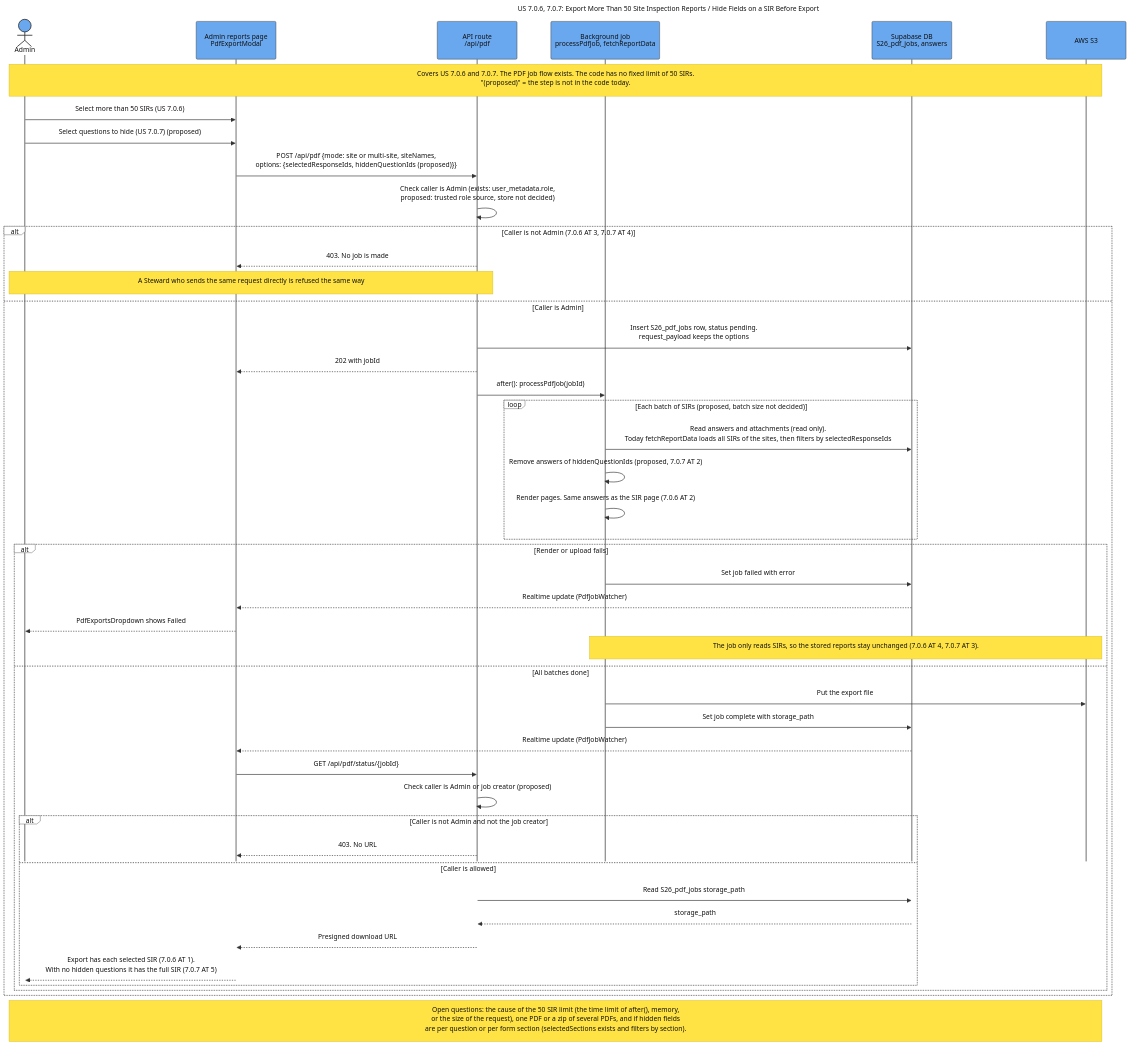
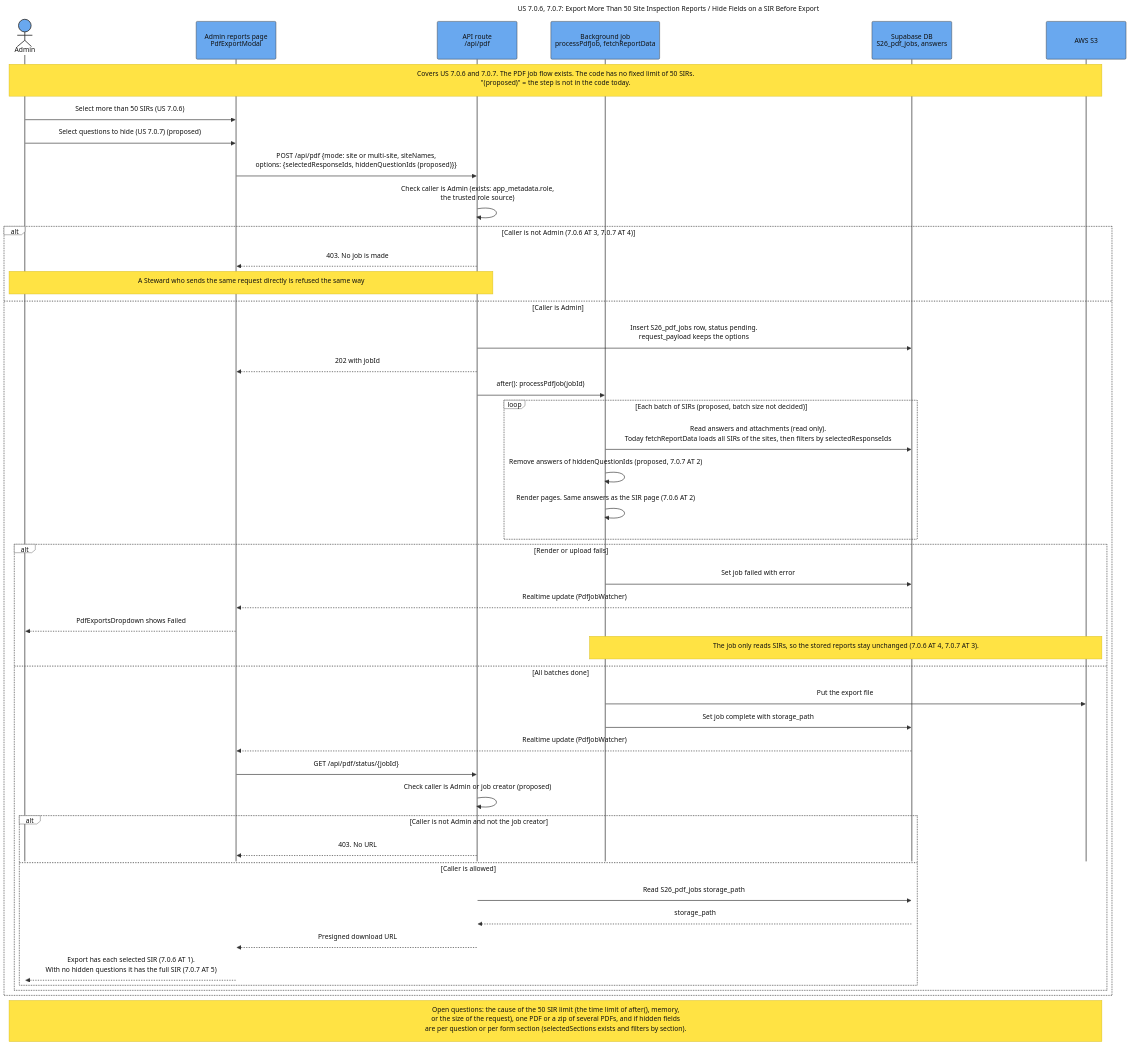
The diagram in docs/assets/Sequence_US_7_0_6_7_0_7_Bulk_SIR_Export_With_Hidden_Fields.mmd (SAPAA-Dev/W26Project-SAPAA-Dev-Team), drawn with Mermaid before and after one commit. The commit also changed 63 other files, not shown here.

First line of the commit message:
(feat): migrated user_metadata checks to app_metadata (#144)

```diff
--- a/docs/assets/Sequence_US_7_0_6_7_0_7_Bulk_SIR_Export_With_Hidden_Fields.mmd
+++ b/docs/assets/Sequence_US_7_0_6_7_0_7_Bulk_SIR_Export_With_Hidden_Fields.mmd
@@ -1,91 +1,91 @@
 ---
 title: "US 7.0.6, 7.0.7: Export More Than 50 Site Inspection Reports / Hide Fields on a SIR Before Export"
 config:
   theme: base
   sequence:
     actorMargin: 75
     boxMargin: 12
     diagramMarginX: 45
     diagramMarginY: 30
     messageMargin: 40
     noteMargin: 16
     mirrorActors: false
     width: 190
     height: 90
   themeVariables:
     background: "#ffffff"
     primaryColor: "#69a8ef"
     primaryBorderColor: "#333333"
     primaryTextColor: "#111111"
     actorBkg: "#69a8ef"
     actorBorder: "#333333"
     actorTextColor: "#111111"
     actorLineColor: "#555555"
     signalColor: "#333333"
     signalTextColor: "#111111"
     activationBkgColor: "#cdd3db"
     activationBorderColor: "#cdd3db"
     noteBkgColor: "#ffe344"
     noteBorderColor: "#d4ba24"
     noteTextColor: "#111111"
     labelBoxBkgColor: "#ffffff"
     labelBoxBorderColor: "#555555"
     labelTextColor: "#111111"
     loopTextColor: "#111111"
     altBackground: "#ffffff"
   themeCSS: |
     .actor-line {
       stroke-dasharray: 10 10 !important;
       stroke-width: 1.25px !important;
     }
 ---
 sequenceDiagram
     autonumber off
     actor Admin
     participant Page as Admin reports page<br/>PdfExportModal
     participant Api as API route<br/>/api/pdf
     participant Job as Background job<br/>processPdfJob, fetchReportData
     participant DB as Supabase DB<br/>S26_pdf_jobs, answers
     participant S3 as AWS S3
 
     Note over Admin,S3: Covers US 7.0.6 and 7.0.7. The PDF job flow exists. The code has no fixed limit of 50 SIRs.<br/>"(proposed)" = the step is not in the code today.
 
     Admin->>Page: Select more than 50 SIRs (US 7.0.6)
     Admin->>Page: Select questions to hide (US 7.0.7) (proposed)
     Page->>Api: POST /api/pdf {mode: site or multi-site, siteNames,<br/>options: {selectedResponseIds, hiddenQuestionIds (proposed)}}
-    Api->>Api: Check caller is Admin (exists: user_metadata.role,<br/>proposed: trusted role source, store not decided)
+    Api->>Api: Check caller is Admin (exists: app_metadata.role,<br/>the trusted role source)
     alt Caller is not Admin (7.0.6 AT 3, 7.0.7 AT 4)
         Api-->>Page: 403. No job is made
         Note over Admin,Api: A Steward who sends the same request directly is refused the same way
     else Caller is Admin
         Api->>DB: Insert S26_pdf_jobs row, status pending.<br/>request_payload keeps the options
         Api-->>Page: 202 with jobId
         Api->>Job: after(): processPdfJob(jobId)
         loop Each batch of SIRs (proposed, batch size not decided)
             Job->>DB: Read answers and attachments (read only).<br/>Today fetchReportData loads all SIRs of the sites, then filters by selectedResponseIds
             Job->>Job: Remove answers of hiddenQuestionIds (proposed, 7.0.7 AT 2)
             Job->>Job: Render pages. Same answers as the SIR page (7.0.6 AT 2)
         end
         alt Render or upload fails
             Job->>DB: Set job failed with error
             DB-->>Page: Realtime update (PdfJobWatcher)
             Page-->>Admin: PdfExportsDropdown shows Failed
             Note over Job,S3: The job only reads SIRs, so the stored reports stay unchanged (7.0.6 AT 4, 7.0.7 AT 3).
         else All batches done
             Job->>S3: Put the export file
             Job->>DB: Set job complete with storage_path
             DB-->>Page: Realtime update (PdfJobWatcher)
             Page->>Api: GET /api/pdf/status/{jobId}
             Api->>Api: Check caller is Admin or job creator (proposed)
             alt Caller is not Admin and not the job creator
                 Api-->>Page: 403. No URL
             else Caller is allowed
                 Api->>DB: Read S26_pdf_jobs storage_path
                 DB-->>Api: storage_path
                 Api-->>Page: Presigned download URL
                 Page-->>Admin: Export has each selected SIR (7.0.6 AT 1).<br/>With no hidden questions it has the full SIR (7.0.7 AT 5)
             end
         end
     end
 
     Note over Admin,S3: Open questions: the cause of the 50 SIR limit (the time limit of after(), memory,<br/>or the size of the request), one PDF or a zip of several PDFs, and if hidden fields<br/>are per question or per form section (selectedSections exists and filters by section).
```
